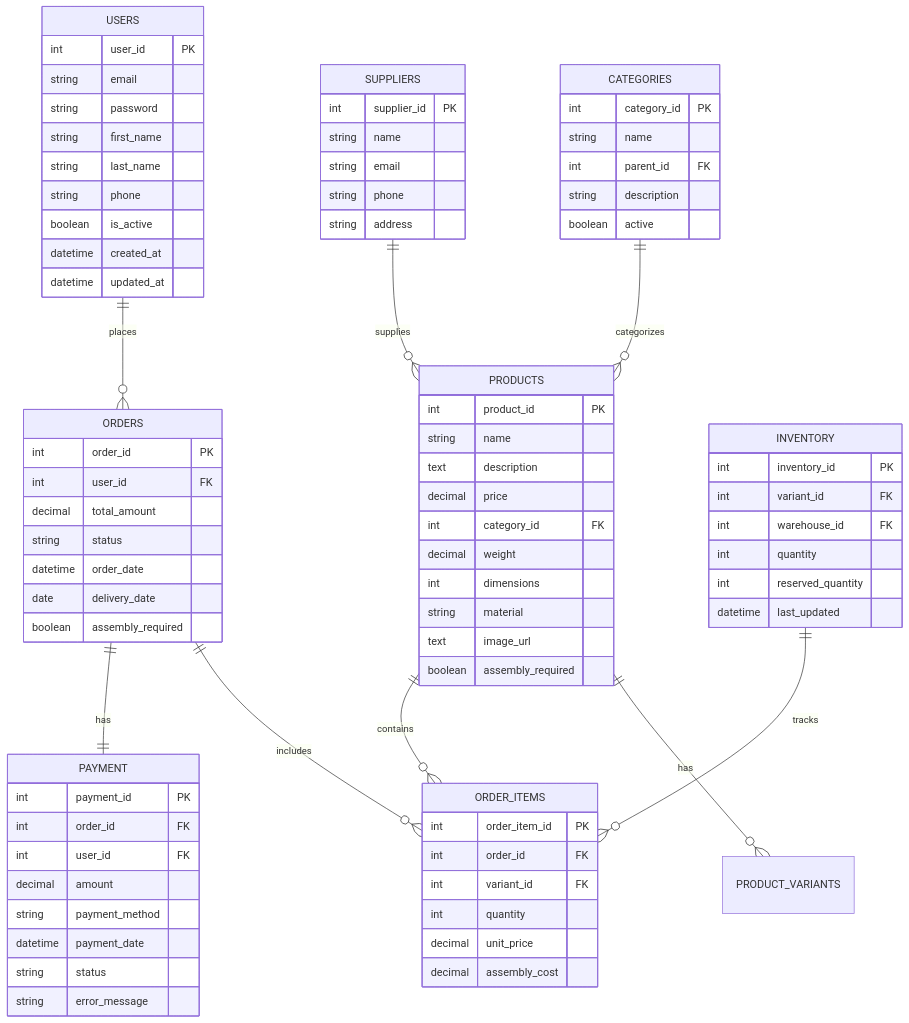
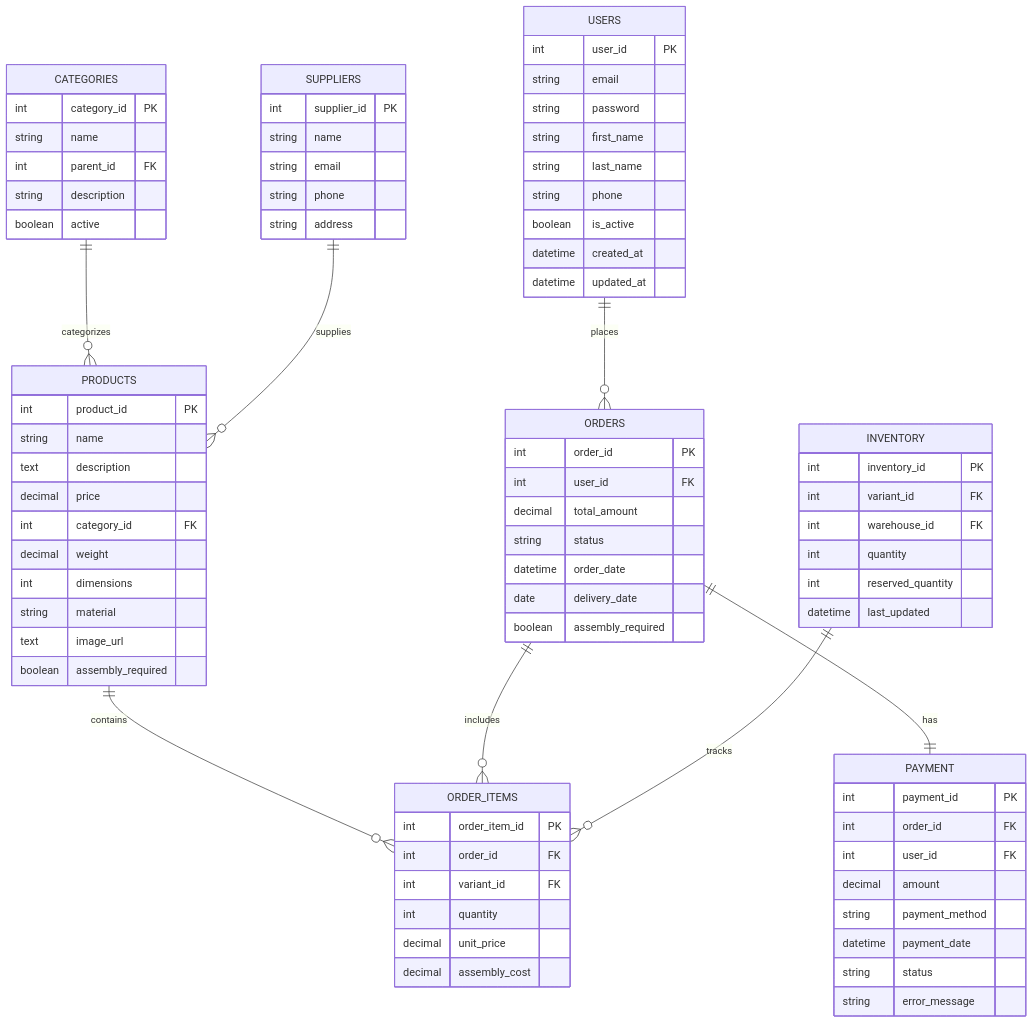
Before and after one commit to Akanksha-codes/furniture-webshop: the diagram in furniture_db_diagram.mermaid, drawn with Mermaid.

```diff
--- a/furniture_db_diagram.mermaid
+++ b/furniture_db_diagram.mermaid
@@ -1,88 +1,87 @@
 erDiagram
     USERS ||--o{ ORDERS : places
     USERS {
         int user_id PK
         string email
         string password
         string first_name
         string last_name
         string phone
         boolean is_active
         datetime created_at
         datetime updated_at
     }
-    
-    PRODUCTS ||--o{ PRODUCT_VARIANTS : has
+
     PRODUCTS ||--o{ ORDER_ITEMS : contains
     PRODUCTS {
         int product_id PK
         string name
         text description
         decimal price
         int category_id FK
         decimal weight
         int dimensions
         string material
         text image_url
         boolean assembly_required
     }
    CATEGORIES ||--o{ PRODUCTS : categorizes
     CATEGORIES {
         int category_id PK
         string name
         int parent_id FK
         string description
         boolean active
     }
 
     ORDERS ||--o{ ORDER_ITEMS : includes
     ORDERS ||--|| PAYMENT : has
     ORDERS {
         int order_id PK
         int user_id FK
         decimal total_amount
         string status
         datetime order_date
         date delivery_date
         boolean assembly_required
     }
 
     PAYMENT {
         int payment_id PK
         int order_id FK
         int user_id FK
         decimal amount
         string payment_method
         datetime payment_date
         string status
         string error_message
     }
 
     ORDER_ITEMS {
         int order_item_id PK
         int order_id FK
         int variant_id FK
         int quantity
         decimal unit_price
         decimal assembly_cost
     }
 
     INVENTORY ||--o{ ORDER_ITEMS : tracks
     INVENTORY {
         int inventory_id PK
         int variant_id FK
         int warehouse_id FK
         int quantity
         int reserved_quantity
         datetime last_updated
     }
 
     SUPPLIERS ||--o{ PRODUCTS : supplies
     SUPPLIERS {
         int supplier_id PK
         string name
         string email
         string phone
         string address
        
     }
```
